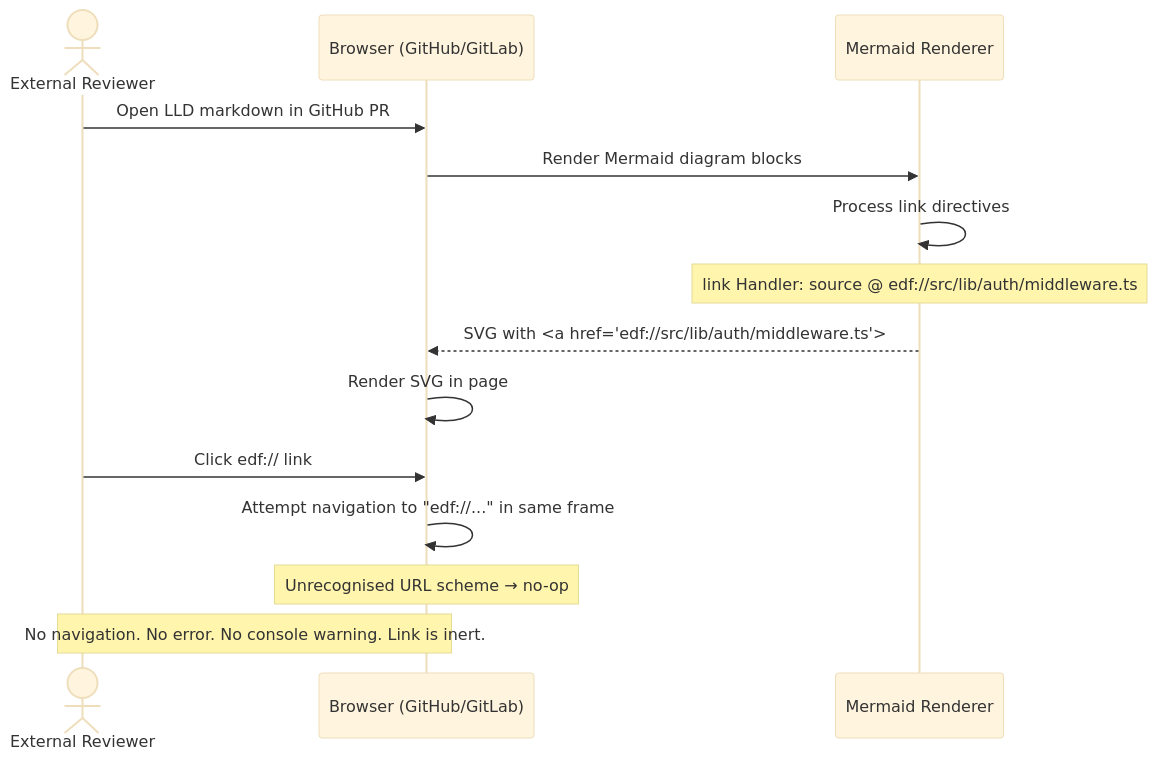
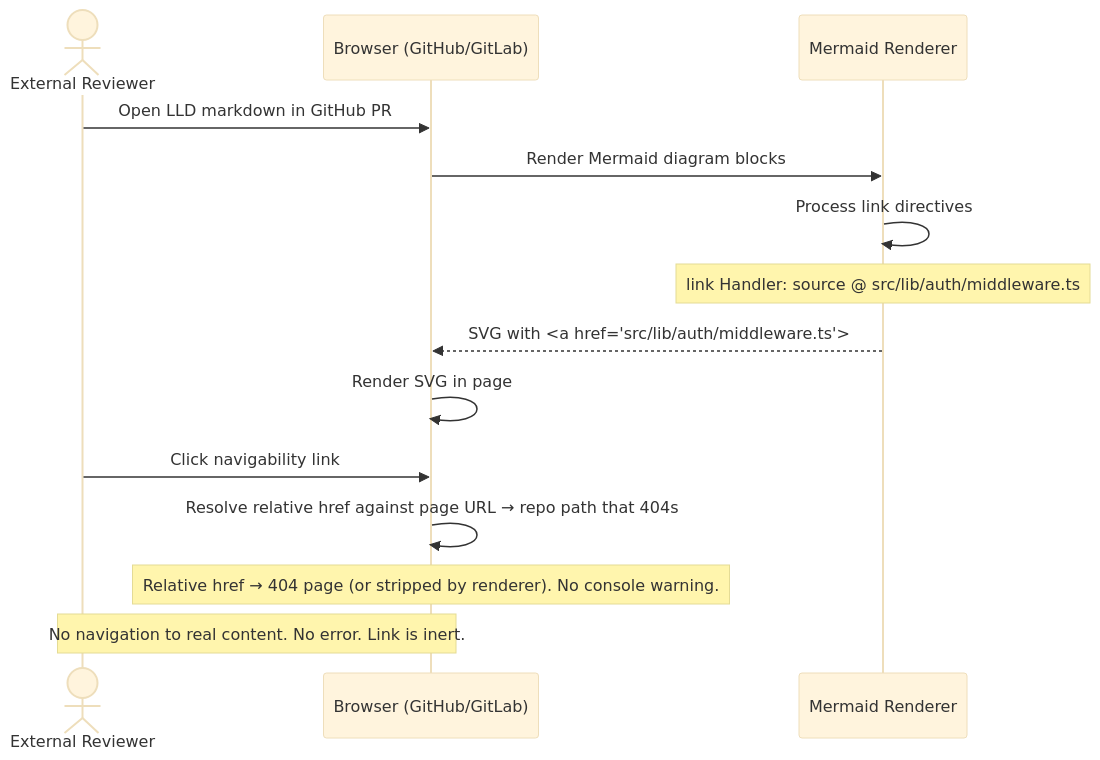
Before and after one commit to mironyx/engineering-delivery-framework: the sixth of 7 diagrams in plugins/edf/docs/design/v1/v1-design.md, drawn with Mermaid (base theme). The commit also changed other lines of this file and 16 other files, not shown here.

First line of the commit message:
docs: finalize v1 architect artefacts — Option A navigability, LLDs, task issues

````diff
--- a/plugins/edf/docs/design/v1/v1-design.md
+++ b/plugins/edf/docs/design/v1/v1-design.md
@@ -500,17 +506,17 @@
 ```mermaid
 sequenceDiagram
     actor ExtReviewer as External Reviewer
     participant Browser as Browser (GitHub/GitLab)
     participant Mermaid as Mermaid Renderer
 
     ExtReviewer->>Browser: Open LLD markdown in GitHub PR
     Browser->>Mermaid: Render Mermaid diagram blocks
     Mermaid->>Mermaid: Process link directives
-    Note over Mermaid: link Handler: source @ edf://src/lib/auth/middleware.ts
-    Mermaid-->>Browser: SVG with <a href="edf://src/lib/auth/middleware.ts">
+    Note over Mermaid: link Handler: source @ src/lib/auth/middleware.ts
+    Mermaid-->>Browser: SVG with <a href="src/lib/auth/middleware.ts">
     Browser->>Browser: Render SVG in page
-    ExtReviewer->>Browser: Click edf:// link
-    Browser->>Browser: Attempt navigation to "edf://..." in same frame
-    Note over Browser: Unrecognised URL scheme → no-op
-    Note over ExtReviewer,Browser: No navigation. No error. No console warning. Link is inert.
+    ExtReviewer->>Browser: Click navigability link
+    Browser->>Browser: Resolve relative href against page URL → repo path that 404s
+    Note over Browser: Relative href → 404 page (or stripped by renderer). No console warning.
+    Note over ExtReviewer,Browser: No navigation to real content. No error. Link is inert.
 ```
````
